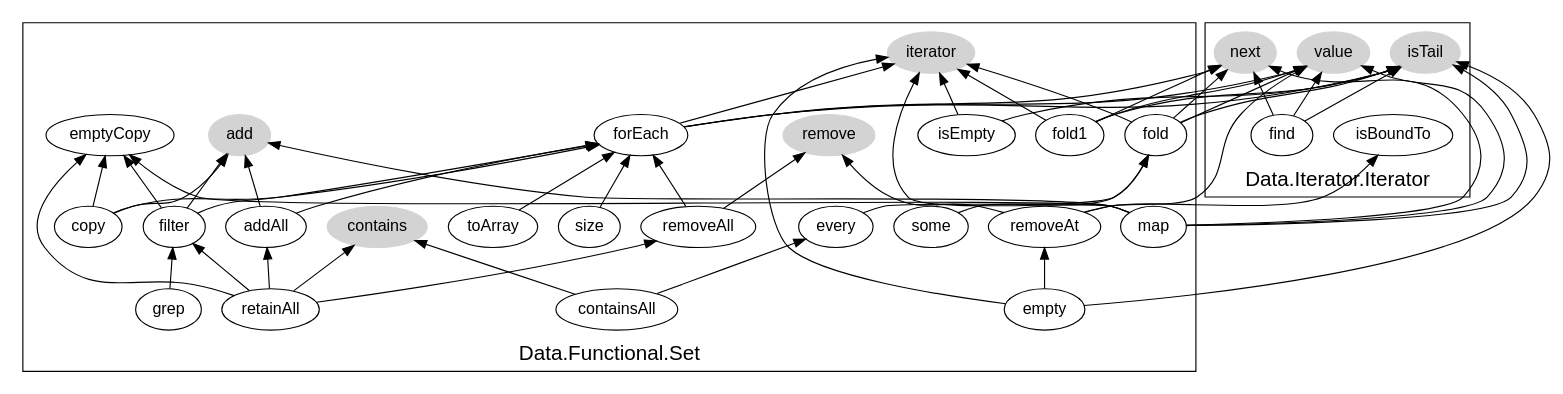
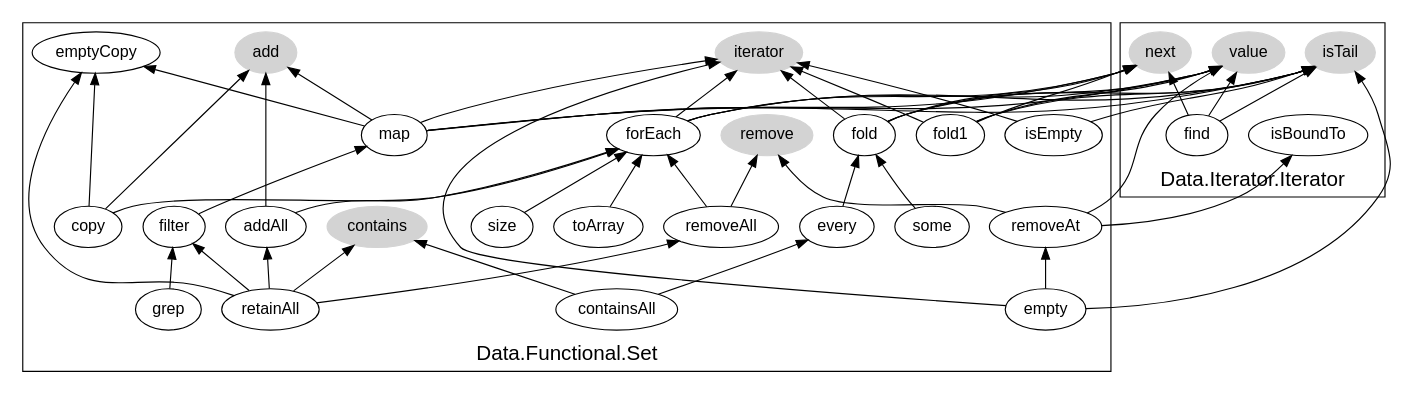
Before and after one commit to jsthread/jsthread: the diagram in Data.Functional/trunk/misc/Set.dot, drawn with Graphviz. The commit also changed 1 other file, not shown here.

Commit message:
[Data.Functional] *Corrected the method dependency graph of Data.Functional.Set.

```diff
--- a/Data.Functional/trunk/misc/Set.dot
+++ b/Data.Functional/trunk/misc/Set.dot
@@ -1,91 +1,89 @@
 digraph Set {
     graph [ rankdir  = BT
             color    = black
             fontname = Arial
             fontsize = 18    ]
     node  [ fontname = Arial ]
     
     
     subgraph cluster_Iterator {
         label = "Data.Iterator.Iterator"
         
         value  [ style=filled, color=lightgray ]
         isTail [ style=filled, color=lightgray ]
         next   [ style=filled, color=lightgray ]
         
         isBoundTo
         
         find -> isTail
         find -> next
         find -> value
     }
     
     
     subgraph cluster_Set {
         label = "Data.Functional.Set"
         
         /* From Enumerable --> */
         iterator [ style=filled, color=lightgray ]
         
         forEach -> iterator
         forEach -> isTail
         forEach -> next
         forEach -> value
         fold    -> iterator
         fold    -> isTail
         fold    -> next
         fold    -> value
         fold1   -> iterator
         fold1   -> isTail
         fold1   -> next
         fold1   -> value
         every   -> fold
         some    -> fold
         /* <-- From Enumerable */
         
         /* From Collection --> */
         add      [ style=filled, color=lightgray ]
         /* removeAt [ style=filled, color=lightgray ] */
     
         toArray -> forEach
         addAll  -> add
         addAll  -> forEach
         isEmpty -> iterator
         isEmpty -> isTail
         empty   -> iterator
         empty   -> isTail
         empty   -> removeAt
         size    -> forEach
         copy    -> emptyCopy
         copy    -> forEach
         copy    -> add
-        filter  -> emptyCopy
-        filter  -> forEach
-        filter  -> add
+        filter  -> map
         grep    -> filter
         map     -> emptyCopy
         map     -> isTail
         map     -> next
         map     -> value
         map     -> iterator
         map     -> add
         /* <-- From Collection */
         
         contains [ style=filled, color=lightgray ]
         remove   [ style=filled, color=lightgray ]
         
         containsAll -> contains
         containsAll -> every
         removeAll   -> remove
         removeAll   -> forEach
         removeAt    -> isBoundTo
         removeAt    -> value
         removeAt    -> remove
         retainAll   -> emptyCopy
         retainAll   -> addAll
         retainAll   -> removeAll
         retainAll   -> filter
         retainAll   -> contains
     }
     
 }
```
